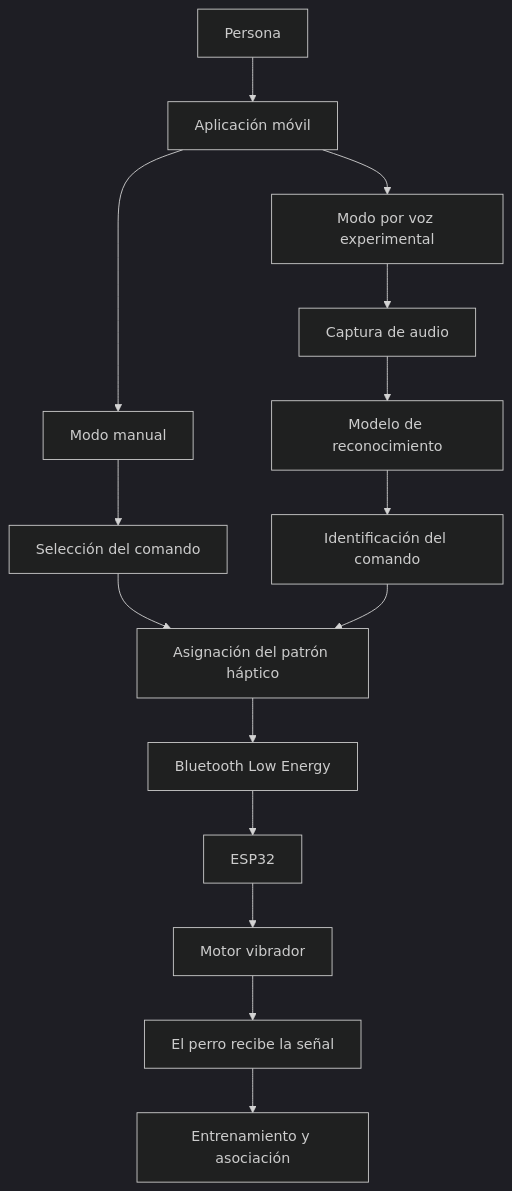
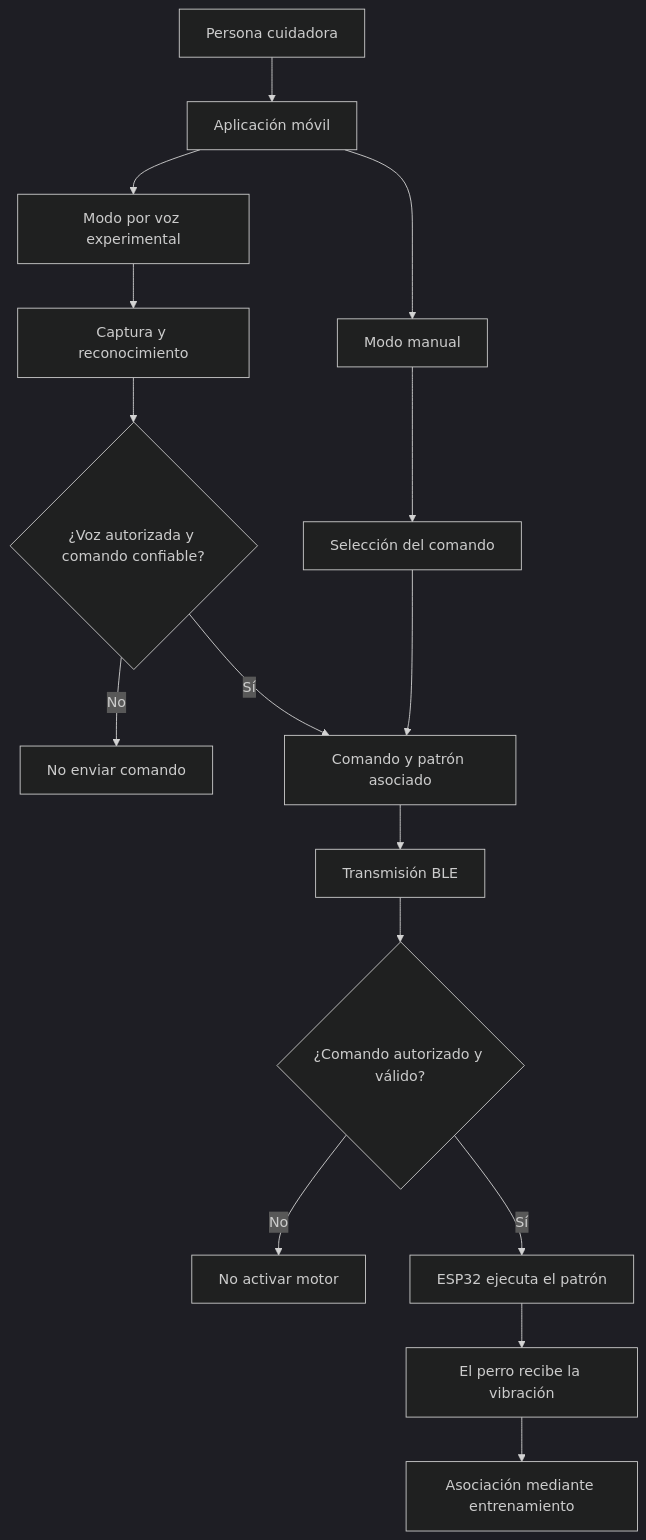
The diagram in README.md (LOLA-1980/smartleash), drawn with Mermaid (dark theme) before and after one commit. The commit also changed other lines of this file, not shown here.

````diff
--- a/README.md
+++ b/README.md
@@ -178,17 +306,21 @@
 ```mermaid
-graph TD
-    A[Persona] --> B[Aplicación móvil]
-    B --> C[Modo manual]
-    B --> D[Modo por voz experimental]
-    C --> E[Selección del comando]
-    D --> F[Captura de audio]
-    F --> G[Modelo de reconocimiento]
-    G --> H[Identificación del comando]
-    E --> I[Asignación del patrón háptico]
-    H --> I
-    I --> J[Bluetooth Low Energy]
-    J --> K[ESP32]
-    K --> L[Motor vibrador]
-    L --> M[El perro recibe la señal]
-    M --> N[Entrenamiento y asociación]
+flowchart TD
+    A["Persona cuidadora"] --> B["Aplicación móvil"]
+    B --> C["Modo manual"]
+    B --> D["Modo por voz experimental"]
+
+    C --> E["Selección del comando"]
+    D --> F["Captura y reconocimiento"]
+    F --> G{"¿Voz autorizada y comando confiable?"}
+
+    G -- "No" --> H["No enviar comando"]
+    G -- "Sí" --> I["Comando y patrón asociado"]
+    E --> I
+
+    I --> J["Transmisión BLE"]
+    J --> K{"¿Comando autorizado y válido?"}
+    K -- "No" --> L["No activar motor"]
+    K -- "Sí" --> M["ESP32 ejecuta el patrón"]
+    M --> N["El perro recibe la vibración"]
+    N --> O["Asociación mediante entrenamiento"]
 ```
````
